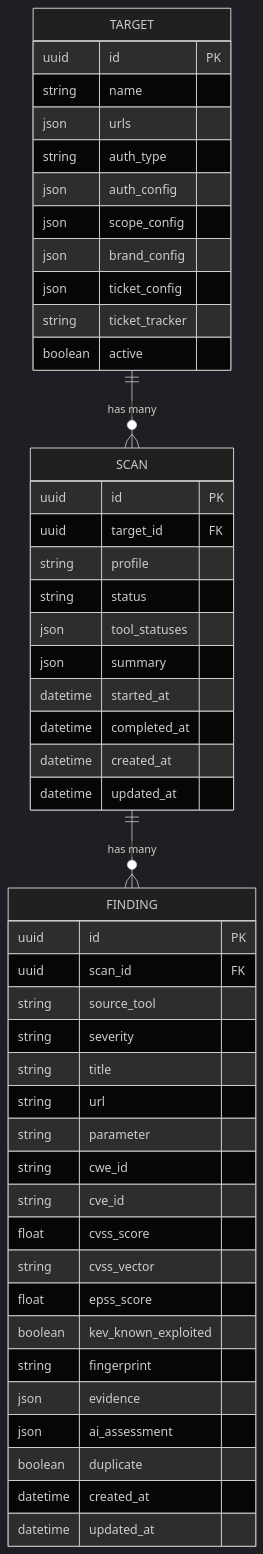
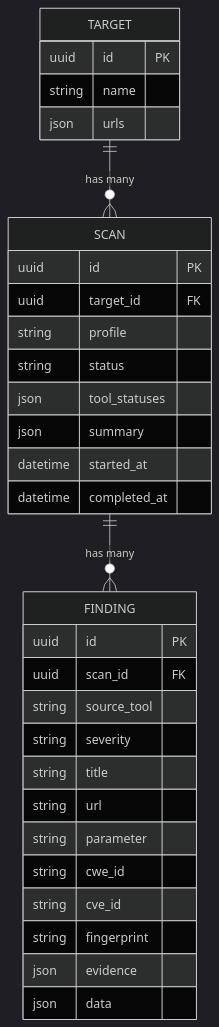
The tenth of 11 diagrams in docs/ARCHITECTURE.md (Peregrine-Technology-Systems/peregrine-penetrator-scanner), drawn with Mermaid (dark theme) before and after one commit. The commit also changed other lines of this file and 8 other files, not shown here.

First line of the commit message:
fix: dead NotificationService call crashed non-smoke scans; refresh architecture docs (#1077, #1076)

````diff
--- a/docs/ARCHITECTURE.md
+++ b/docs/ARCHITECTURE.md
@@ -792,53 +436,37 @@
 ```mermaid
 erDiagram
     TARGET ||--o{ SCAN : "has many"
     SCAN ||--o{ FINDING : "has many"
 
     TARGET {
         uuid id PK
         string name
         json urls
-        string auth_type
-        json auth_config
-        json scope_config
-        json brand_config
-        json ticket_config
-        string ticket_tracker
-        boolean active
     }
 
     SCAN {
         uuid id PK
         uuid target_id FK
         string profile
         string status
         json tool_statuses
         json summary
         datetime started_at
         datetime completed_at
-        datetime created_at
-        datetime updated_at
     }
 
     FINDING {
         uuid id PK
         uuid scan_id FK
         string source_tool
         string severity
         string title
         string url
         string parameter
         string cwe_id
         string cve_id
-        float cvss_score
-        string cvss_vector
-        float epss_score
-        boolean kev_known_exploited
         string fingerprint
         json evidence
-        json ai_assessment
-        boolean duplicate
-        datetime created_at
-        datetime updated_at
+        json data
     }
 ```
````
